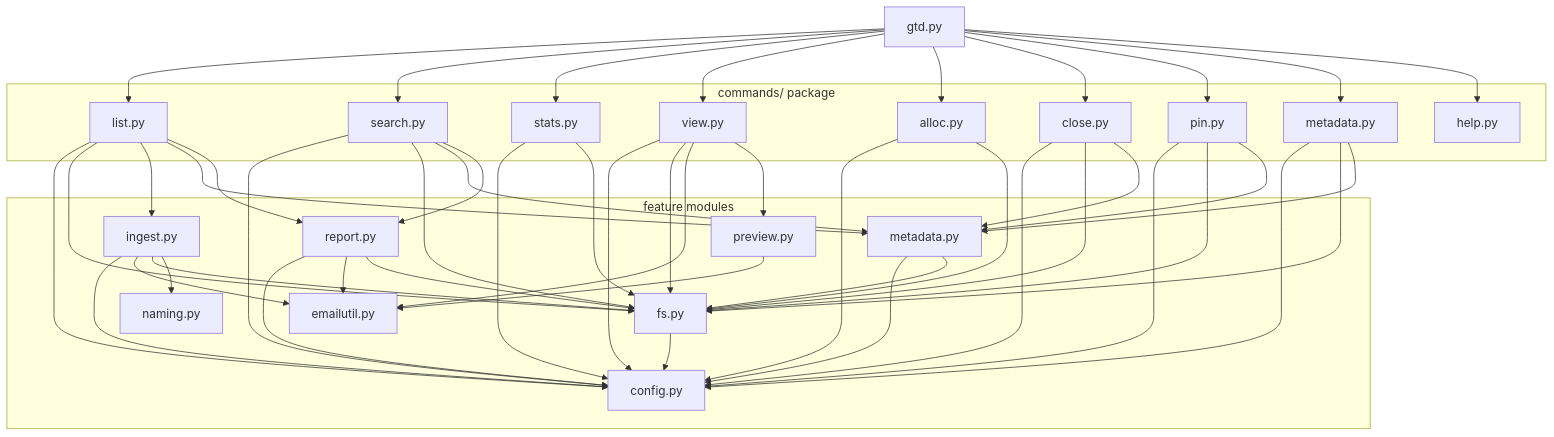
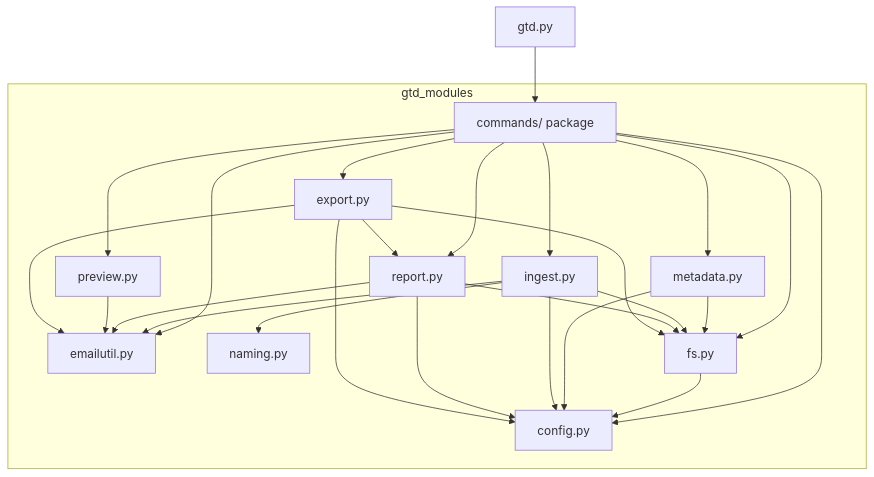
Before and after one commit to blairwang-online/qdvc-gtd-eml: the diagram in MAINTENANCE.md, drawn with Mermaid. The commit also changed other lines of this file and 8 other files, not shown here.

Commit message:
[feat] gtd export

````diff
--- a/MAINTENANCE.md
+++ b/MAINTENANCE.md
@@ -121,19 +121,8 @@
 graph TD
     gtd[gtd.py]
 
-    subgraph commands [commands/ package]
-        c_list[list.py]
-        c_search[search.py]
-        c_stats[stats.py]
-        c_view[view.py]
-        c_alloc[alloc.py]
-        c_close[close.py]
-        c_pin[pin.py]
-        c_meta[metadata.py]
-        c_help[help.py]
-    end
-
-    subgraph features [feature modules]
+    subgraph gtd_modules
+        commands[commands/ package]
         config[config.py]
         emailutil[emailutil.py]
         naming[naming.py]
@@ -141,58 +130,24 @@
         metadata[metadata.py]
         ingest[ingest.py]
         report[report.py]
+        export[export.py]
         preview[preview.py]
     end
 
-    %% entry point dispatches to each command handler
-    gtd --> c_list
-    gtd --> c_search
-    gtd --> c_stats
-    gtd --> c_view
-    gtd --> c_alloc
-    gtd --> c_close
-    gtd --> c_pin
-    gtd --> c_meta
-    gtd --> c_help
+    %% entry point dispatches into the command hub
+    gtd --> commands
 
-    %% each command imports only the feature modules it needs
-    c_list --> config
-    c_list --> fs
-    c_list --> ingest
-    c_list --> metadata
-    c_list --> report
+    %% command modules pull in the feature modules they need
+    commands --> config
+    commands --> fs
+    commands --> emailutil
+    commands --> ingest
+    commands --> metadata
+    commands --> preview
+    commands --> report
+    commands --> export
 
-    c_search --> config
-    c_search --> fs
-    c_search --> metadata
-    c_search --> report
-
-    c_stats --> config
-    c_stats --> fs
-
-    c_view --> config
-    c_view --> fs
-    c_view --> emailutil
-    c_view --> preview
-
-    c_alloc --> config
-    c_alloc --> fs
-
-    c_close --> config
-    c_close --> fs
-    c_close --> metadata
-
-    c_pin --> config
-    c_pin --> fs
-    c_pin --> metadata
-
-    c_meta --> config
-    c_meta --> fs
-    c_meta --> metadata
-
-    %% c_help imports nothing (leaf)
-
-    %% internal feature-module edges
+    %% internal package edges
     fs --> config
     metadata --> config
     metadata --> fs
@@ -205,5 +160,10 @@
     report --> fs
     preview --> emailutil
 
-    %% leaf modules (no internal imports): config, emailutil, naming, commands/help.py
+    export --> config
+    export --> emailutil
+    export --> fs
+    export --> report
+
+    %% leaf modules (no internal imports): config, emailutil, naming
 ```
````
